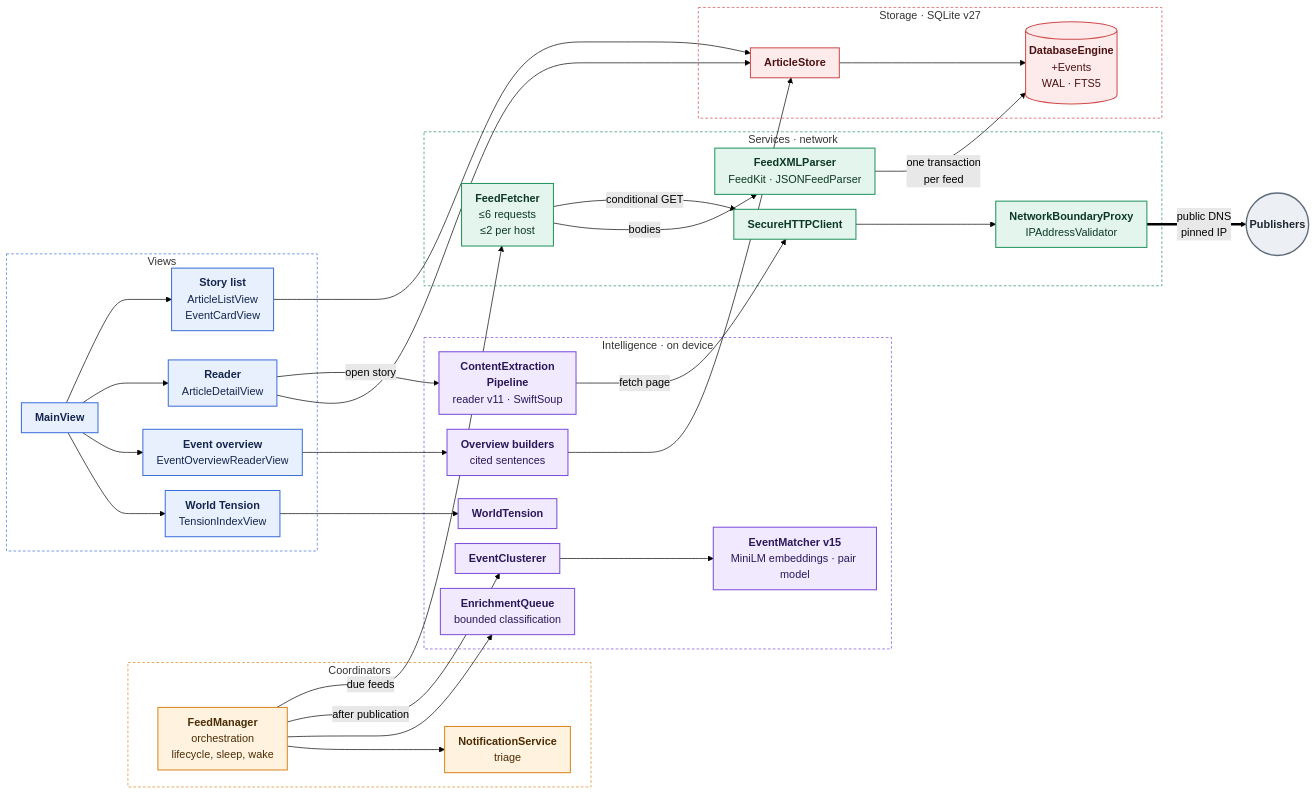
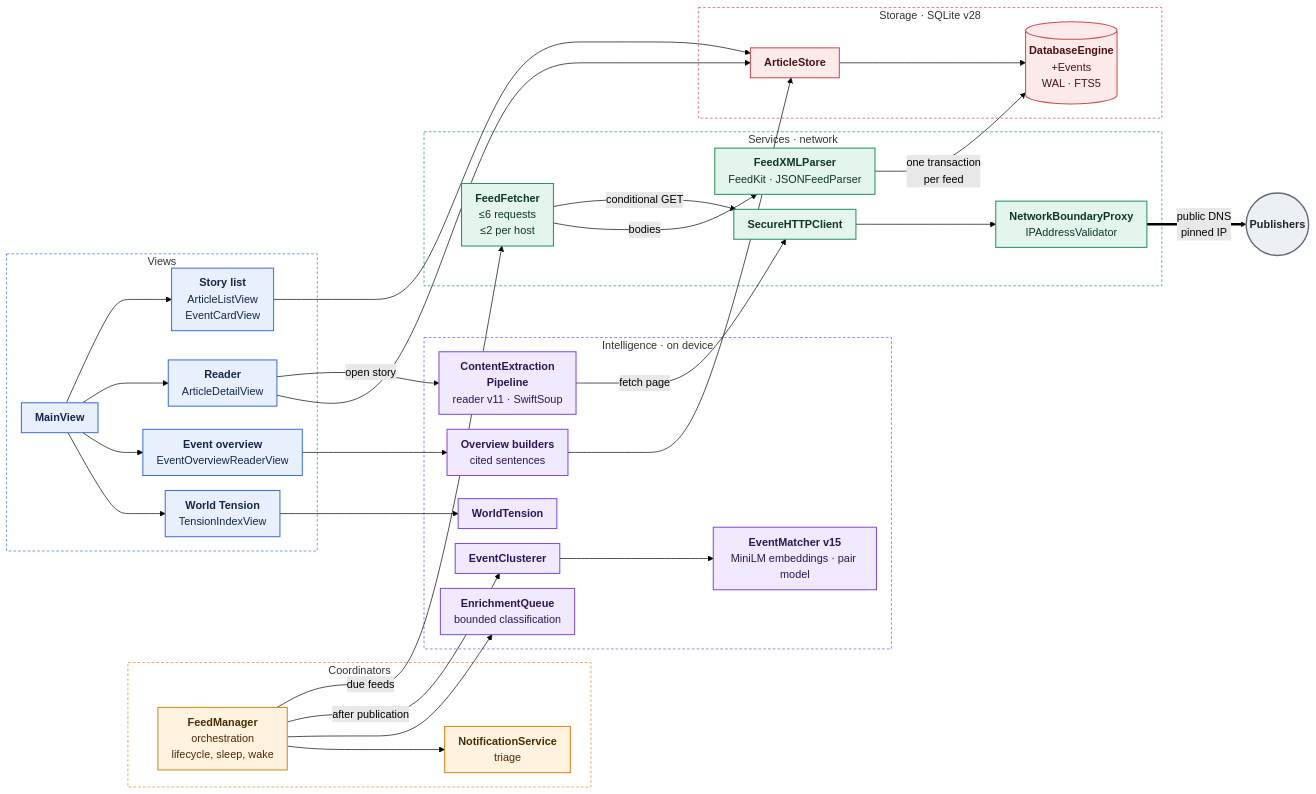
One commit to marspater/NewsApp-macOS changed the first of 3 diagrams in docs/ARCHITECTURE.md. Above: the diagram before and after it, drawn with Mermaid (forest theme). The commit also changed other lines of this file and 3 other files, not shown here.

````diff
--- a/docs/ARCHITECTURE.md
+++ b/docs/ARCHITECTURE.md
@@ -22,75 +22,75 @@
 ```mermaid
 %%{init: {"flowchart": {"curve": "basis", "nodeSpacing": 22, "rankSpacing": 44, "padding": 10}}}%%
 flowchart LR
     subgraph Coord["Coordinators"]
         FM["<b>FeedManager</b><br/>orchestration<br/>lifecycle, sleep, wake"]
         NS["<b>NotificationService</b><br/>triage"]
     end
 
     subgraph UI["Views"]
         Main["<b>MainView</b>"]
         List["<b>Story list</b><br/>ArticleListView<br/>EventCardView"]
         Reader["<b>Reader</b><br/>ArticleDetailView"]
         Overview["<b>Event overview</b><br/>EventOverviewReaderView"]
         Tension["<b>World Tension</b><br/>TensionIndexView"]
     end
 
     subgraph Intel["Intelligence · on device"]
         EQ["<b>EnrichmentQueue</b><br/>bounded classification"]
         EC["<b>EventClusterer</b>"]
         EM["<b>EventMatcher v15</b><br/>MiniLM embeddings · pair model"]
         CEP["<b>ContentExtraction<br/>Pipeline</b><br/>reader v11 · SwiftSoup"]
         OV["<b>Overview builders</b><br/>cited sentences"]
         WT["<b>WorldTension</b>"]
     end
 
     subgraph Svc["Services · network"]
         FF["<b>FeedFetcher</b><br/>≤6 requests<br/>≤2 per host"]
         Parse["<b>FeedXMLParser</b><br/>FeedKit · JSONFeedParser"]
         HTTP["<b>SecureHTTPClient</b>"]
         GW["<b>NetworkBoundaryProxy</b><br/>IPAddressValidator"]
     end
 
-    subgraph Store["Storage · SQLite v27"]
+    subgraph Store["Storage · SQLite v28"]
         AS["<b>ArticleStore</b>"]
         DB[("<b>DatabaseEngine</b><br/>+Events<br/>WAL · FTS5")]
     end
 
     Net(("<b>Publishers</b>"))
 
     FM -->|due feeds| FF
     FM -->|after publication| EC
     FM --> EQ & NS
     EC --> EM
     FF -->|conditional GET| HTTP
     FF -->|bodies| Parse
     Parse -->|one transaction<br/>per feed| DB
     Main --> List & Reader & Overview & Tension
     Reader -->|open story| CEP
     CEP -->|fetch page| HTTP
     HTTP --> GW
     GW ==>|public DNS<br/>pinned IP| Net
     Overview --> OV
     OV --> AS
     List & Reader --> AS
     AS --> DB
     Tension --> WT
 
     classDef ui fill:#E8F0FE,stroke:#3B6FD8,stroke-width:1.5px,color:#14264A
     classDef coord fill:#FFF3E0,stroke:#D9861C,stroke-width:1.5px,color:#4A2C05
     classDef intel fill:#F1E9FE,stroke:#7C4DDB,stroke-width:1.5px,color:#2B1755
     classDef svc fill:#E3F5EC,stroke:#23935F,stroke-width:1.5px,color:#0D3825
     classDef store fill:#FDEBEC,stroke:#CF4A4A,stroke-width:1.5px,color:#4A1212
     classDef ext fill:#ECEFF3,stroke:#5F6B7A,stroke-width:2px,color:#1E2630
     class Main,List,Reader,Overview,Tension ui
     class FM,NS coord
     class CEP,EQ,EC,EM,OV,WT intel
     class FF,Parse,HTTP,GW svc
     class AS,DB store
     class Net ext
     style UI fill:none,stroke:#3B6FD8,stroke-dasharray:4 3
     style Coord fill:none,stroke:#D9861C,stroke-dasharray:4 3
     style Intel fill:none,stroke:#7C4DDB,stroke-dasharray:4 3
     style Svc fill:none,stroke:#23935F,stroke-dasharray:4 3
     style Store fill:none,stroke:#CF4A4A,stroke-dasharray:4 3
 ```
````
